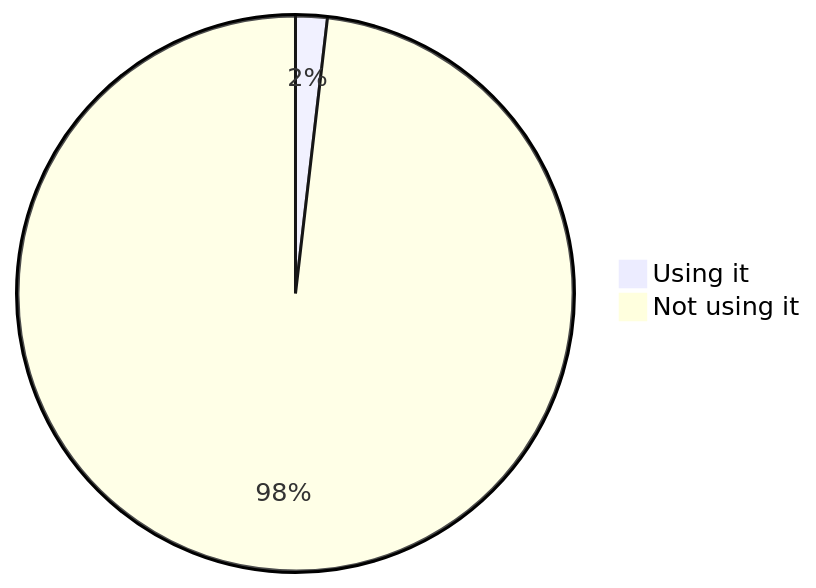
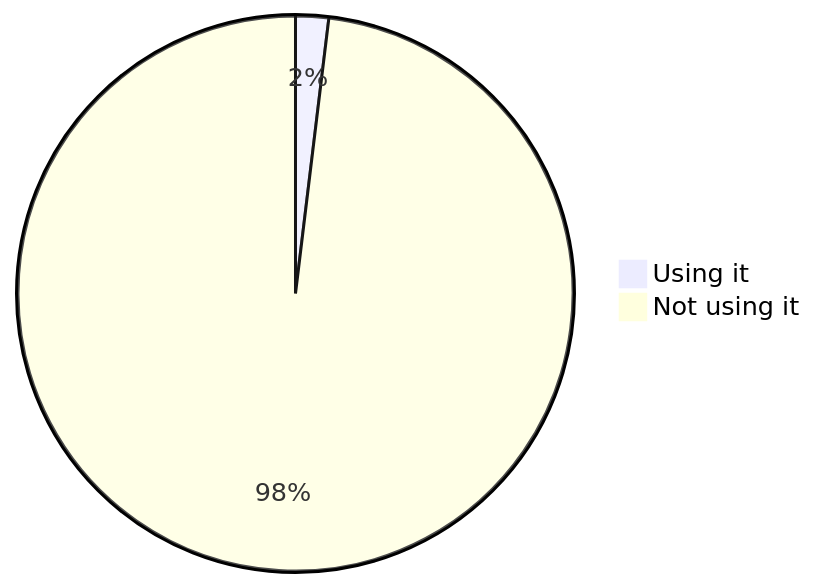
Before and after one commit to oshp/oshp-stats: the sixth of 22 diagrams in stats.md, drawn with Mermaid. The commit also changed other lines of this file, not shown here.

````diff
--- a/stats.md
+++ b/stats.md
@@ -70,6 +70,6 @@
 ```mermaid
 pie
-	"Using it" : 1.84
-	"Not using it" : 98.16
+	"Using it" : 1.92
+	"Not using it" : 98.08
 
 ```
````
